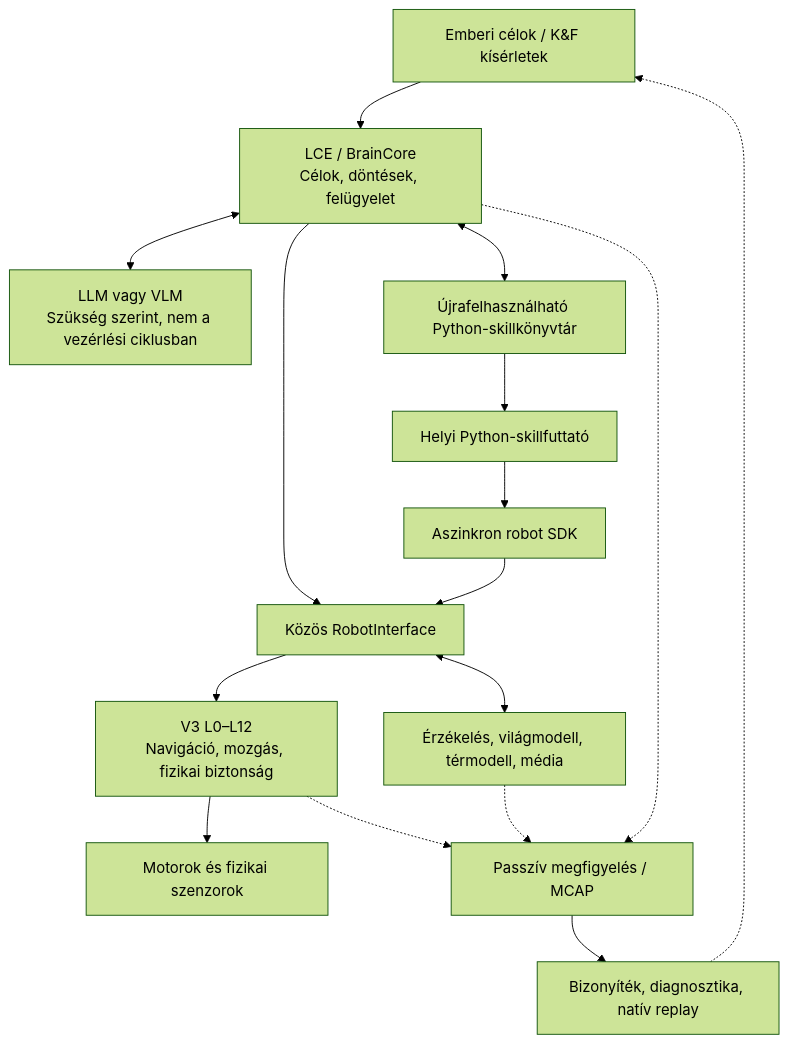
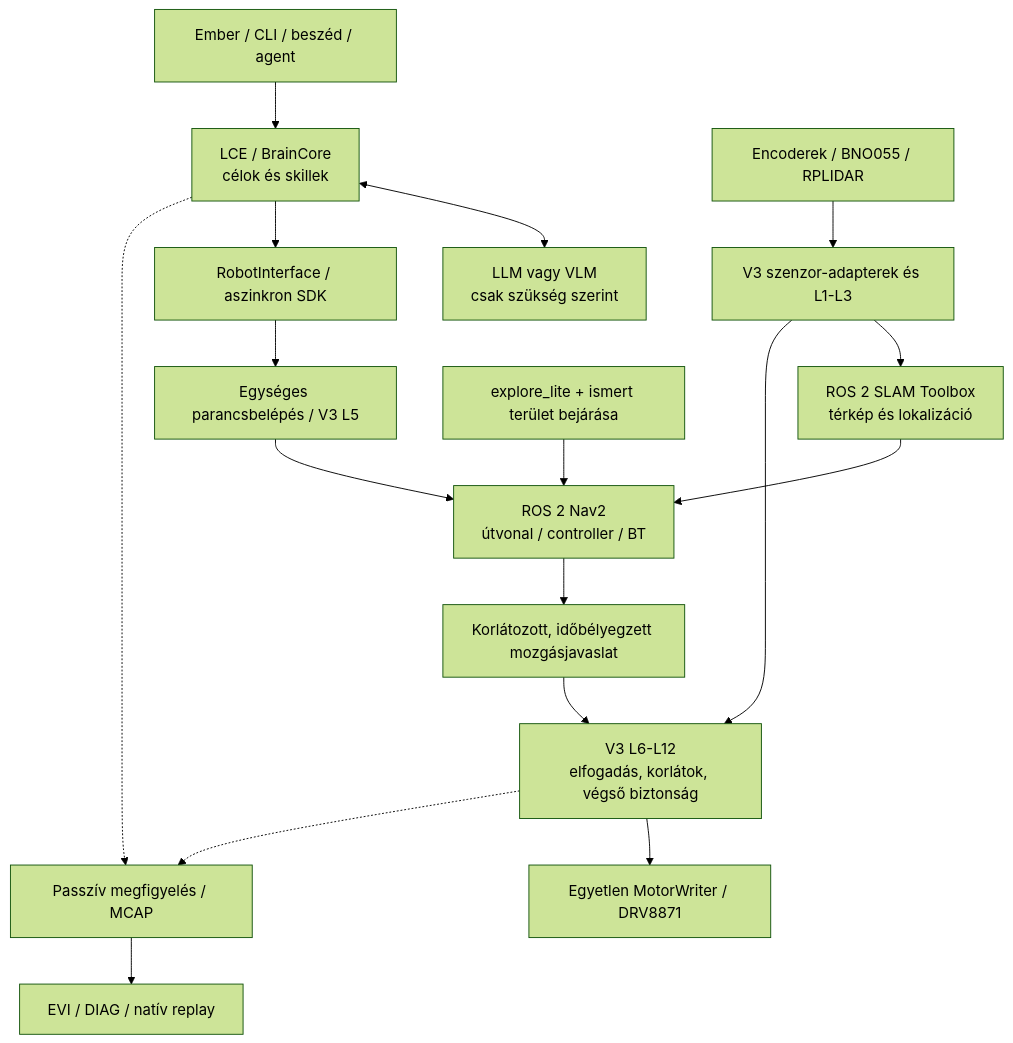
Before and after one commit to Francigofree/r2b4: the diagram in README.hu.md, drawn with Mermaid (forest theme). The commit also changed other lines of this file and 35 other files, not shown here.

````diff
--- a/README.hu.md
+++ b/README.hu.md
@@ -41,18 +26,19 @@
 ```mermaid
 flowchart TD
-    H[Emberi célok / K&F kísérletek] --> L[LCE / BrainCore<br/>Célok, döntések, felügyelet]
-    L <--> A[LLM vagy VLM<br/>Szükség szerint, nem a vezérlési ciklusban]
-    L <--> K[Újrafelhasználható Python-skillkönyvtár]
-    K --> W[Helyi Python-skillfuttató]
-    L --> I[Közös RobotInterface]
-    W --> S[Aszinkron robot SDK]
-    S --> I
-    I --> V[V3 L0–L12<br/>Navigáció, mozgás, fizikai biztonság]
-    I <--> P[Érzékelés, világmodell, térmodell, média]
-    V --> O[Motorok és fizikai szenzorok]
-    V -.-> E[Passzív megfigyelés / MCAP]
-    P -.-> E
-    L -.-> E
-    E --> R[Bizonyíték, diagnosztika, natív replay]
-    R -.-> H
+    H[Ember / CLI / beszéd / agent] --> B[LCE / BrainCore<br/>célok és skillek]
+    B <--> M[LLM vagy VLM<br/>csak szükség szerint]
+    B --> I[RobotInterface / aszinkron SDK]
+    I --> C[Egységes parancsbelépés / V3 L5]
+    S[Encoderek / BNO055 / RPLIDAR] --> E[V3 szenzor-adapterek és L1-L3]
+    E --> SL[ROS 2 SLAM Toolbox<br/>térkép és lokalizáció]
+    SL --> N[ROS 2 Nav2<br/>útvonal / controller / BT]
+    F[explore_lite + ismert terület bejárása] --> N
+    C --> N
+    N --> G[Korlátozott, időbélyegzett mozgásjavaslat]
+    G --> V[V3 L6-L12<br/>elfogadás, korlátok, végső biztonság]
+    E --> V
+    V --> W[Egyetlen MotorWriter / DRV8871]
+    V -.-> O[Passzív megfigyelés / MCAP]
+    B -.-> O
+    O --> D[EVI / DIAG / natív replay]
 ```
````
